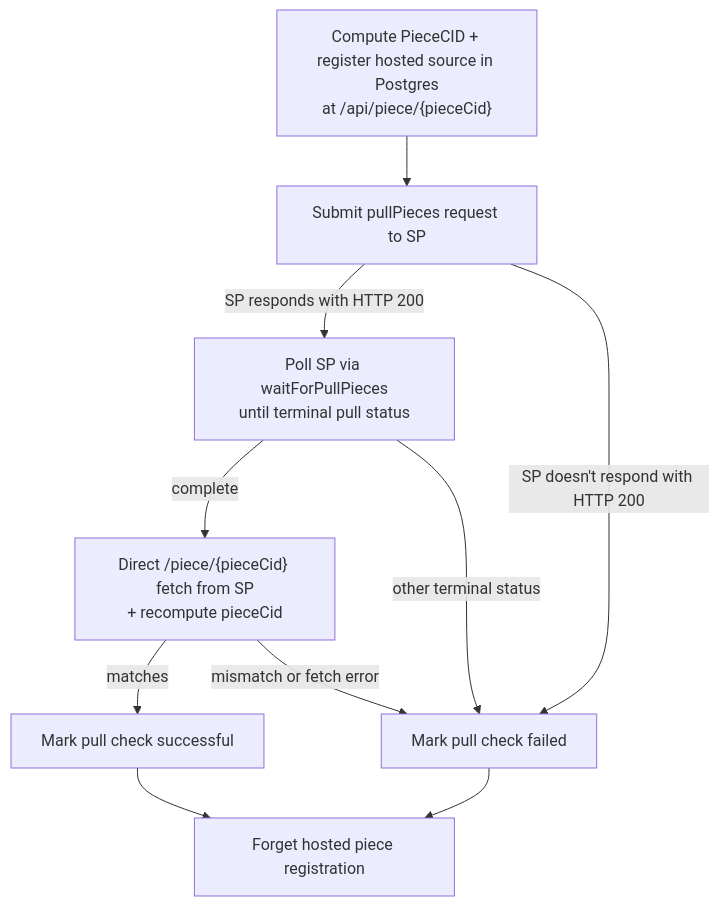
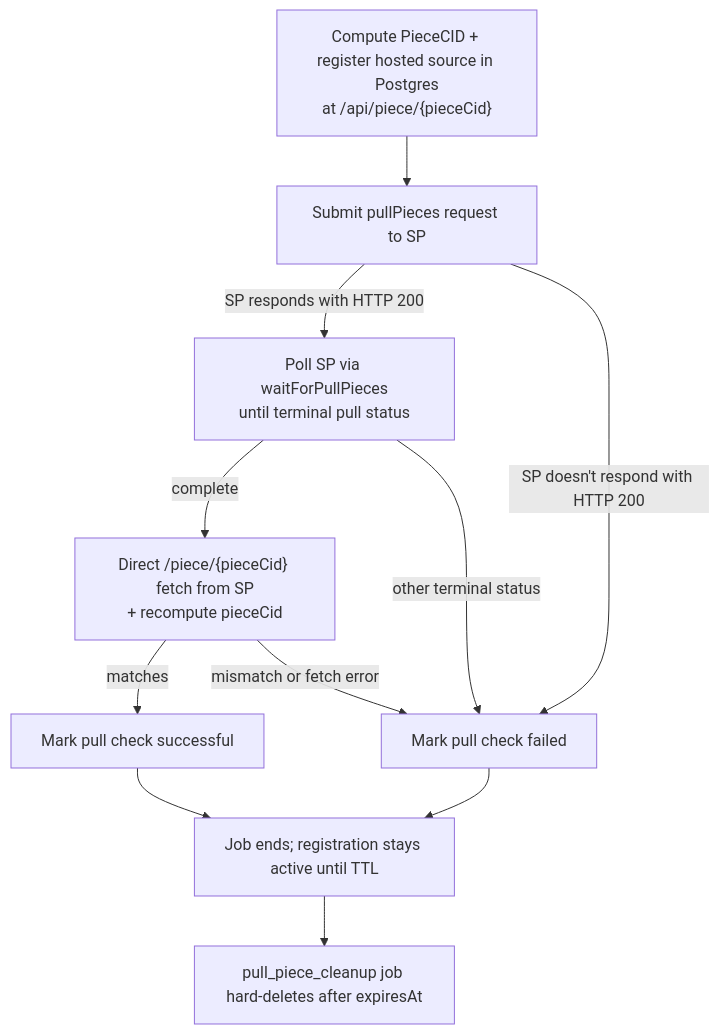
Before and after one commit to FilOzone/dealbot: the diagram in docs/checks/pull-check.md, drawn with Mermaid. The commit also changed other lines of this file and 4 other files, not shown here.

````diff
--- a/docs/checks/pull-check.md
+++ b/docs/checks/pull-check.md
@@ -34,13 +34,14 @@
 ```mermaid
 flowchart TD
   Generate["Compute PieceCID + register hosted source in Postgres<br/>at /api/piece/{pieceCid}"]
   Generate --> Submit["Submit pullPieces request to SP"]
   Submit --> |SP responds with HTTP 200|Poll["Poll SP via waitForPullPieces<br/>until terminal pull status"]
   Submit --> |SP doesn't respond with HTTP 200| Fail["Mark pull check failed"]
   Poll -->|complete| Validate["Direct /piece/{pieceCid} fetch from SP<br/>+ recompute pieceCid"]
   Poll -->|other terminal status| Fail
   Validate -->|matches| Success["Mark pull check successful"]
   Validate -->|mismatch or fetch error| Fail
-  Success --> Cleanup
-  Fail --> Cleanup["Forget hosted piece registration"]
+  Success --> Done["Job ends; registration stays active until TTL"]
+  Fail --> Done
+  Done --> Cleanup["pull_piece_cleanup job hard-deletes after expiresAt"]
 ```
````
